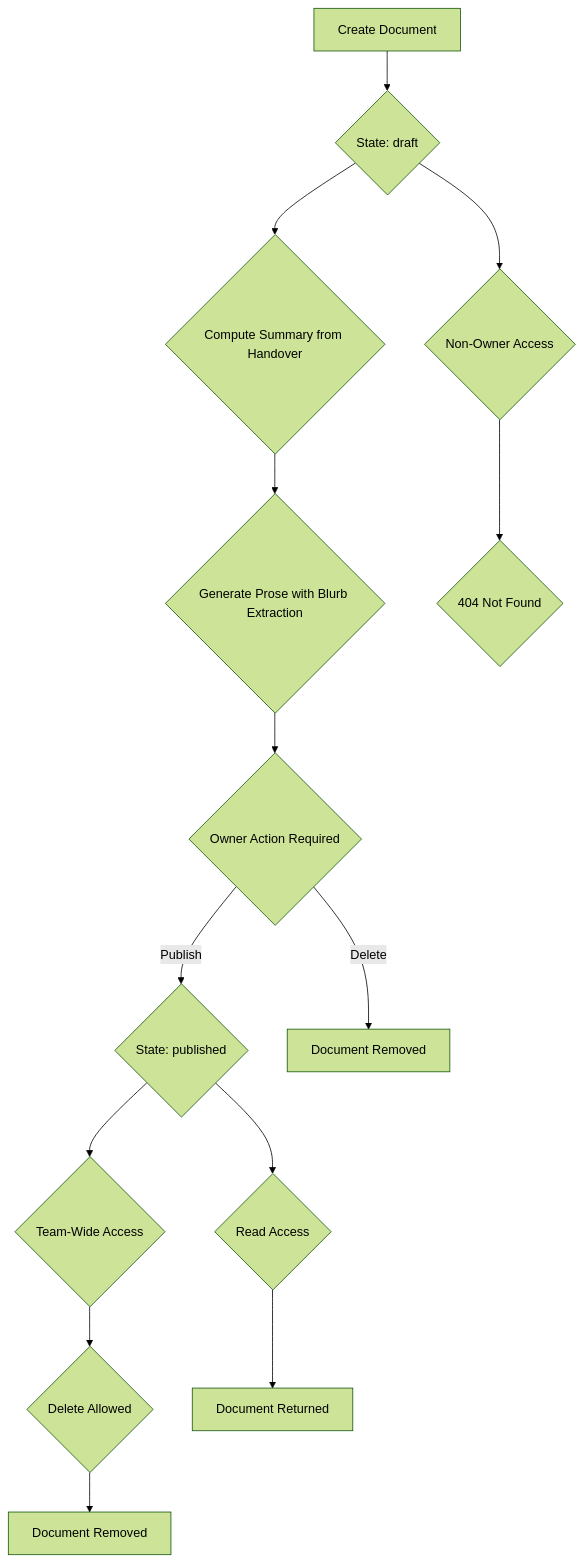
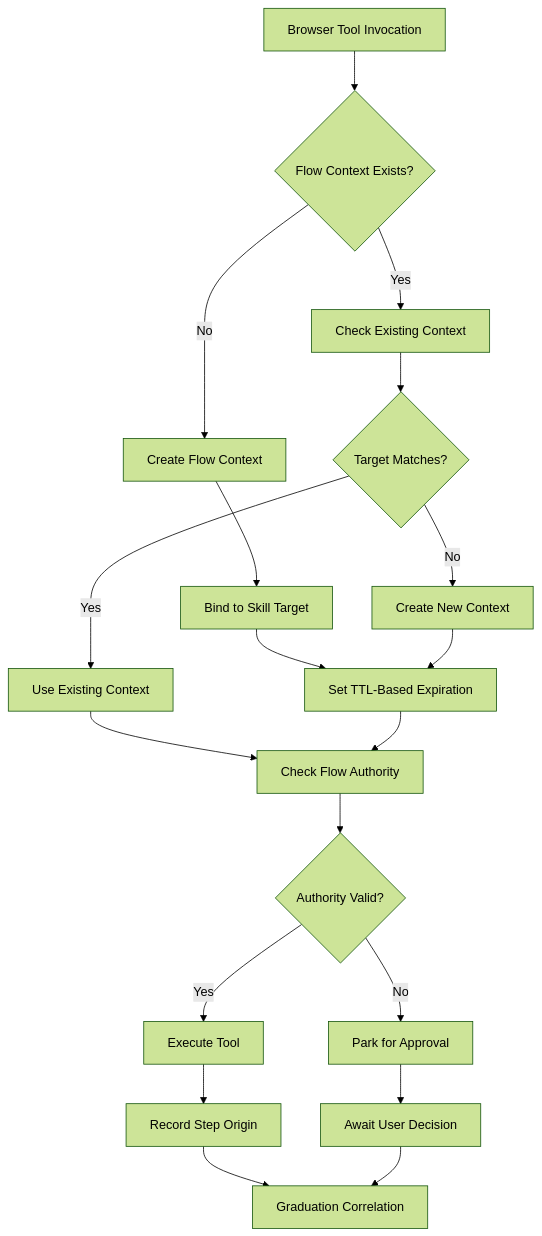
Diagram 25 of 41 in .qoder/repowiki/en/content/Agent Platform Service/Agent Platform Service.md (metasync/luban-aiops), drawn with Mermaid (forest theme) before and after one commit. The commit also changed other lines of this file and 48 other files, not shown here.

````diff
--- a/.qoder/repowiki/en/content/Agent Platform Service/Agent Platform Service.md
+++ b/.qoder/repowiki/en/content/Agent Platform Service/Agent Platform Service.md
@@ -1834,16 +1788,21 @@
 ```mermaid
 flowchart TD
-A["Create Document"] --> B{"State: draft"}
-B --> C{"Compute Summary from Handover"}
-C --> D{"Generate Prose with Blurb Extraction"}
-D --> E{"Owner Action Required"}
-E --> |Publish| F{"State: published"}
-F --> G{"Team-Wide Access"}
-G --> H{"Delete Allowed"}
-H --> I["Document Removed"]
-E --> |Delete| J["Document Removed"]
-B --> K{"Non-Owner Access"}
-K --> L{"404 Not Found"}
-F --> M{"Read Access"}
-M --> N["Document Returned"]
+A["Browser Tool Invocation"] --> B{"Flow Context Exists?"}
+B --> |No| C["Create Flow Context"]
+B --> |Yes| D["Check Existing Context"]
+C --> E["Bind to Skill Target"]
+D --> F{"Target Matches?"}
+F --> |Yes| G["Use Existing Context"]
+F --> |No| H["Create New Context"]
+E --> I["Set TTL-Based Expiration"]
+G --> J["Check Flow Authority"]
+H --> I
+I --> J
+J --> K{"Authority Valid?"}
+K --> |Yes| L["Execute Tool"]
+K --> |No| M["Park for Approval"]
+L --> N["Record Step Origin"]
+M --> O["Await User Decision"]
+N --> P["Graduation Correlation"]
+O --> P
 ```
````
